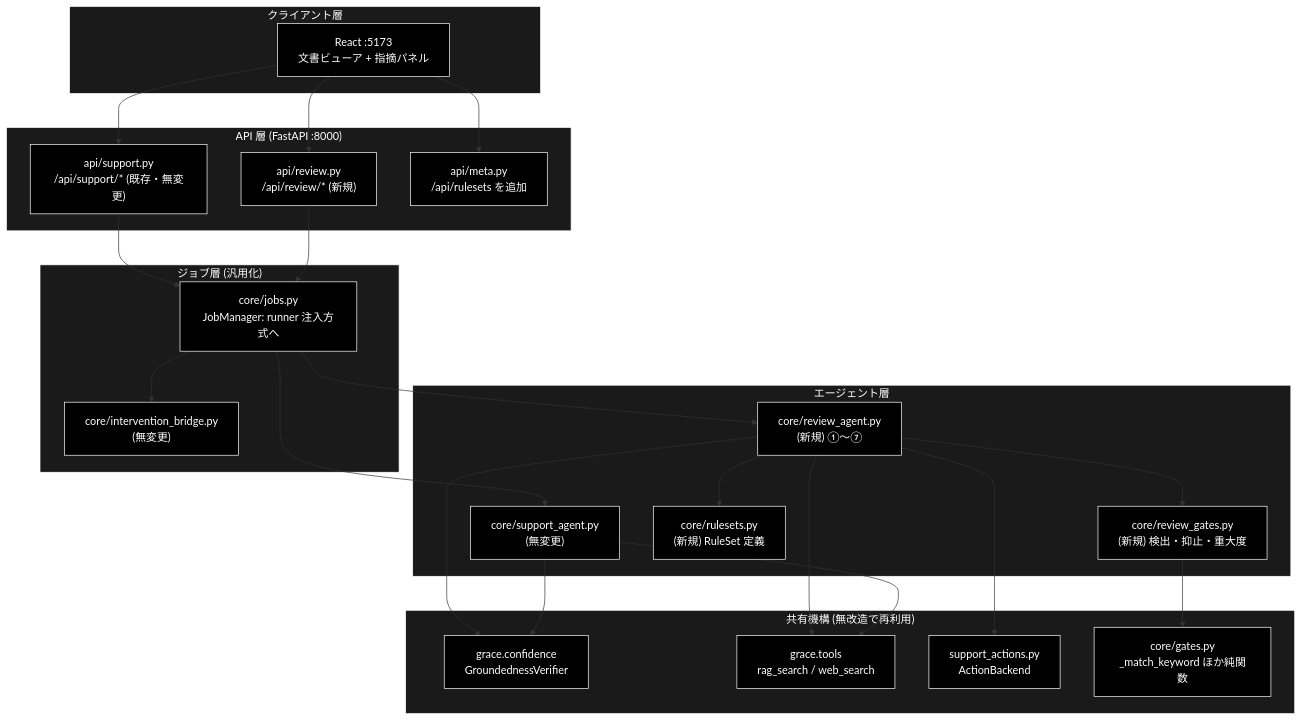
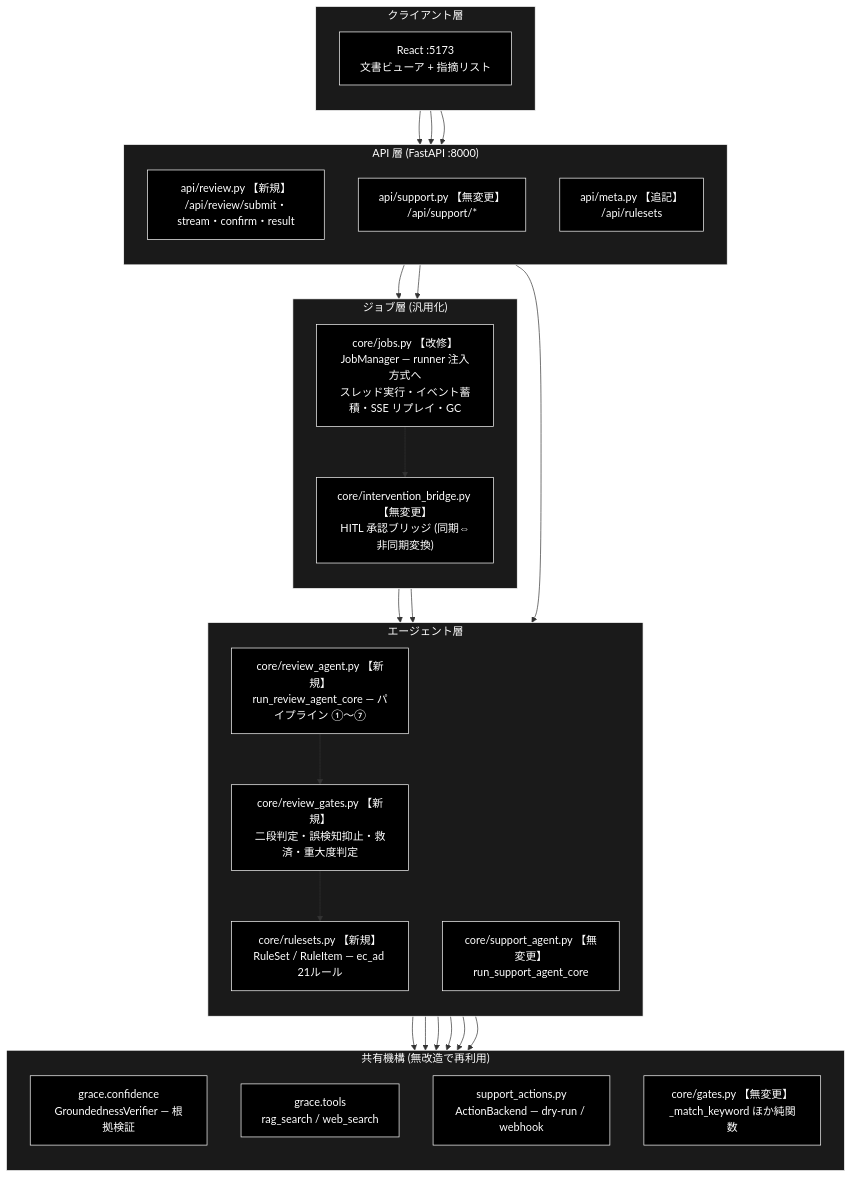
One commit to nakashima2toshio/grace_v2 changed the first of 5 diagrams in backend/docs/review_agent_spec.md. Above: the diagram before and after it, drawn with Mermaid. The commit also changed other lines of this file, not shown here.

Commit message:
docs: review_agent_spec 2.1 の構成図を縦積みに修正
ジョブ層・エージェント層などの内部ノードが横並びになり、
図全体が横に広がって文字が小さくなっていた問題を修正。

- 全 5 subgraph に direction TB を追加し内部ノードを縦積みに
- ノードラベルを【新規】【改修】【無変更】の凡例付きに整理し、
  情報量を保ったまま横幅を抑制
- 図の直前に縦積みの意図と凡例を明記

Mermaid 黒背景規約は維持（flowchart 4 == classDef 4、subgraph 10 == style 10）。

````diff
--- a/backend/docs/review_agent_spec.md
+++ b/backend/docs/review_agent_spec.md
@@ -77,56 +81,62 @@
 ```mermaid
 flowchart TB
     subgraph CLIENT["クライアント層"]
-        UI["React :5173<br>文書ビューア + 指摘パネル"]
+        direction TB
+        UI["React :5173<br>文書ビューア + 指摘リスト"]
     end
 
     subgraph APILAYER["API 層 (FastAPI :8000)"]
-        SUPAPI["api/support.py<br>/api/support/* (既存・無変更)"]
-        REVAPI["api/review.py<br>/api/review/* (新規)"]
-        METAAPI["api/meta.py<br>/api/rulesets を追加"]
+        direction TB
+        REVAPI["api/review.py 【新規】<br>/api/review/submit・stream・confirm・result"]
+        SUPAPI["api/support.py 【無変更】<br>/api/support/*"]
+        METAAPI["api/meta.py 【追記】<br>/api/rulesets"]
     end
 
     subgraph JOBLAYER["ジョブ層 (汎用化)"]
-        JOBS["core/jobs.py<br>JobManager: runner 注入方式へ"]
-        BRIDGE["core/intervention_bridge.py<br>(無変更)"]
+        direction TB
+        JOBS["core/jobs.py 【改修】<br>JobManager — runner 注入方式へ<br>スレッド実行・イベント蓄積・SSE リプレイ・GC"]
+        BRIDGE["core/intervention_bridge.py 【無変更】<br>HITL 承認ブリッジ (同期⇔非同期変換)"]
     end
 
     subgraph AGENTS["エージェント層"]
-        SUPAG["core/support_agent.py<br>(無変更)"]
-        REVAG["core/review_agent.py<br>(新規) ①〜⑦"]
-        REVGATE["core/review_gates.py<br>(新規) 検出・抑止・重大度"]
-        RULES["core/rulesets.py<br>(新規) RuleSet 定義"]
+        direction TB
+        REVAG["core/review_agent.py 【新規】<br>run_review_agent_core — パイプライン ①〜⑦"]
+        REVGATE["core/review_gates.py 【新規】<br>二段判定・誤検知抑止・救済・重大度判定"]
+        RULES["core/rulesets.py 【新規】<br>RuleSet / RuleItem — ec_ad 21ルール"]
+        SUPAG["core/support_agent.py 【無変更】<br>run_support_agent_core"]
     end
 
     subgraph SHARED["共有機構 (無改造で再利用)"]
-        GRND["grace.confidence<br>GroundednessVerifier"]
+        direction TB
+        GRND["grace.confidence<br>GroundednessVerifier — 根拠検証"]
         TOOLS["grace.tools<br>rag_search / web_search"]
-        ACT["support_actions.py<br>ActionBackend"]
-        GATES["core/gates.py<br>_match_keyword ほか純関数"]
+        ACT["support_actions.py<br>ActionBackend — dry-run / webhook"]
+        GATES["core/gates.py 【無変更】<br>_match_keyword ほか純関数"]
     end
 
+    UI --> REVAPI
     UI --> SUPAPI
-    UI --> REVAPI
     UI --> METAAPI
+    REVAPI --> JOBS
     SUPAPI --> JOBS
-    REVAPI --> JOBS
+    METAAPI --> RULES
     JOBS --> BRIDGE
+    JOBS --> REVAG
     JOBS --> SUPAG
-    JOBS --> REVAG
     REVAG --> REVGATE
-    REVAG --> RULES
+    REVGATE --> RULES
     REVAG --> GRND
     REVAG --> TOOLS
     REVAG --> ACT
     REVGATE --> GATES
     SUPAG --> GRND
     SUPAG --> TOOLS
 classDef default fill:#000,stroke:#fff,color:#fff
 classDef subgraphStyle fill:#1a1a1a,stroke:#fff,color:#fff
 class UI,SUPAPI,REVAPI,METAAPI,JOBS,BRIDGE,SUPAG,REVAG,REVGATE,RULES,GRND,TOOLS,ACT,GATES default
 style CLIENT fill:#1a1a1a,stroke:#fff,color:#fff
 style APILAYER fill:#1a1a1a,stroke:#fff,color:#fff
 style JOBLAYER fill:#1a1a1a,stroke:#fff,color:#fff
 style AGENTS fill:#1a1a1a,stroke:#fff,color:#fff
 style SHARED fill:#1a1a1a,stroke:#fff,color:#fff
 ```
````
